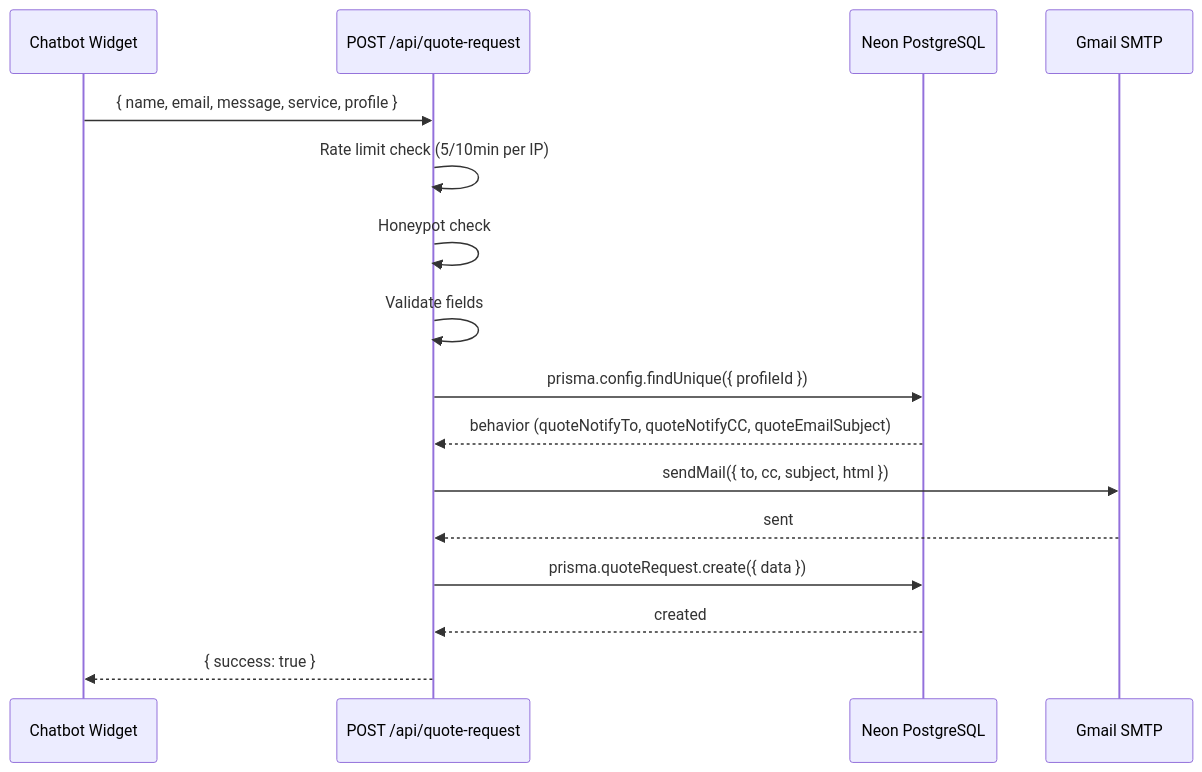
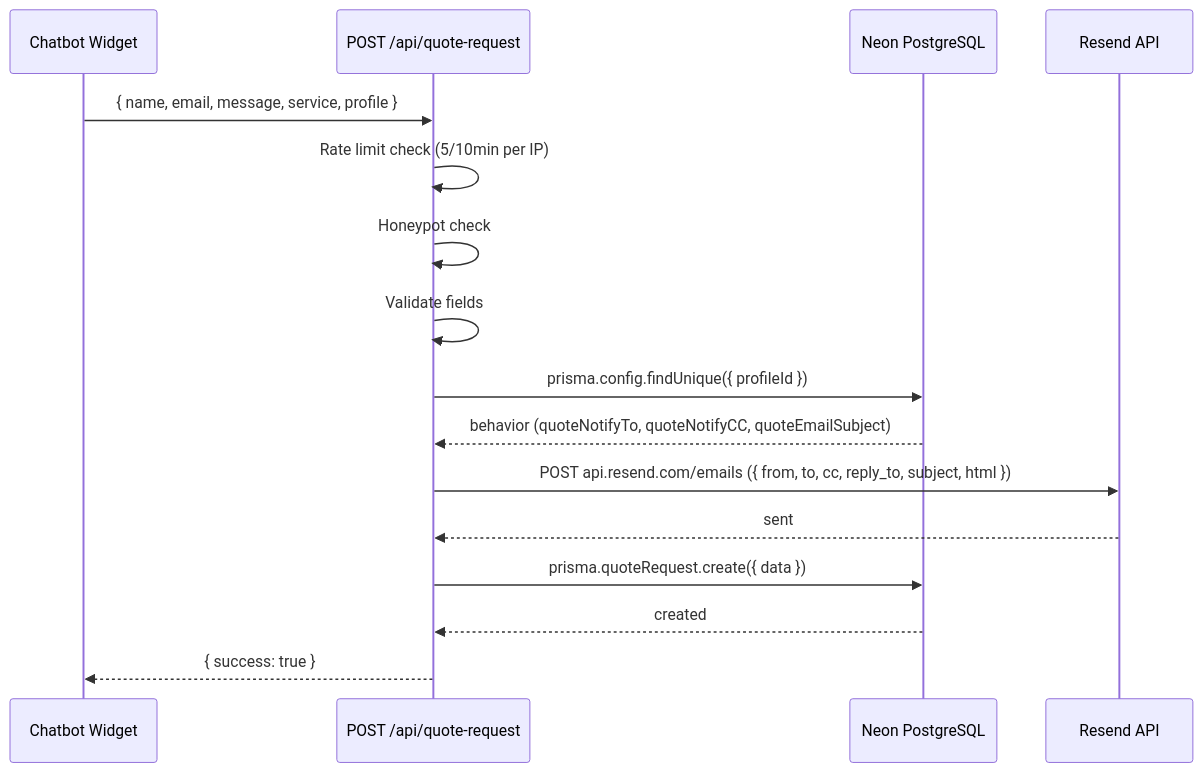
One commit to DuranSchulze/duran-chatbot changed the seventh of 7 diagrams in docs/system-documentation.md. Above: the diagram before and after it, drawn with Mermaid. The commit also changed other lines of this file and 85 other files, not shown here.

````diff
--- a/docs/system-documentation.md
+++ b/docs/system-documentation.md
@@ -707,19 +707,19 @@
 ```mermaid
 sequenceDiagram
     participant Widget as Chatbot Widget
     participant API as POST /api/quote-request
     participant DB as Neon PostgreSQL
-    participant Email as Gmail SMTP
+    participant Email as Resend API
 
     Widget->>API: { name, email, message, service, profile }
     API->>API: Rate limit check (5/10min per IP)
     API->>API: Honeypot check
     API->>API: Validate fields
     API->>DB: prisma.config.findUnique({ profileId })
     DB-->>API: behavior (quoteNotifyTo, quoteNotifyCC, quoteEmailSubject)
-    API->>Email: sendMail({ to, cc, subject, html })
+    API->>Email: POST api.resend.com/emails ({ from, to, cc, reply_to, subject, html })
     Email-->>API: sent
     API->>DB: prisma.quoteRequest.create({ data })
     DB-->>API: created
     API-->>Widget: { success: true }
 ```
````
